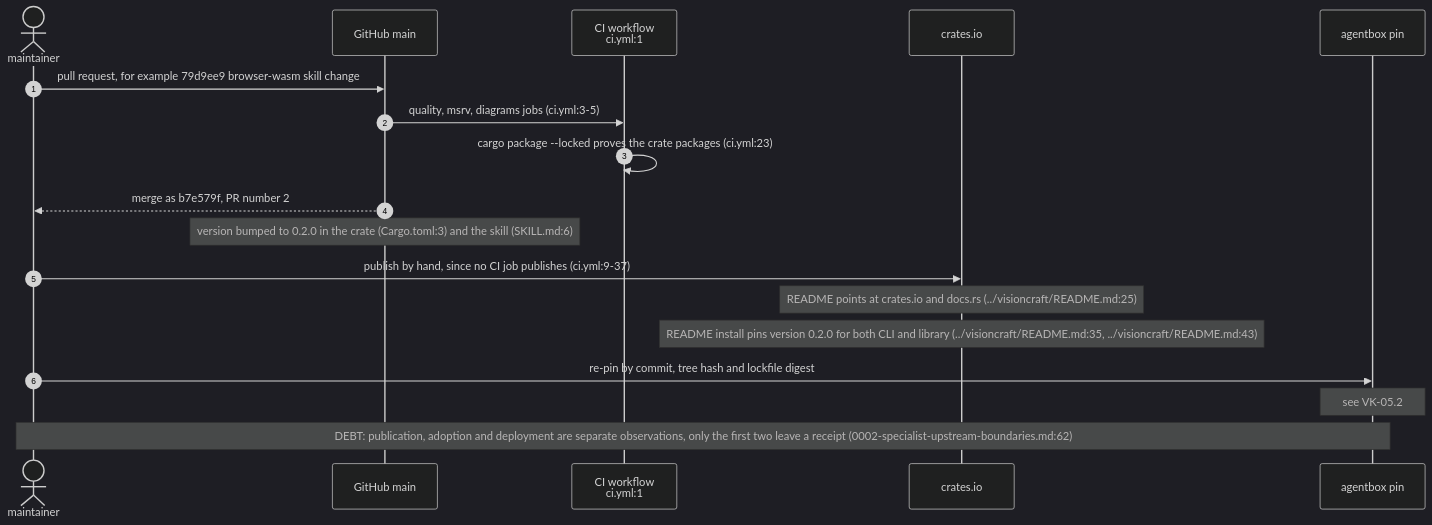
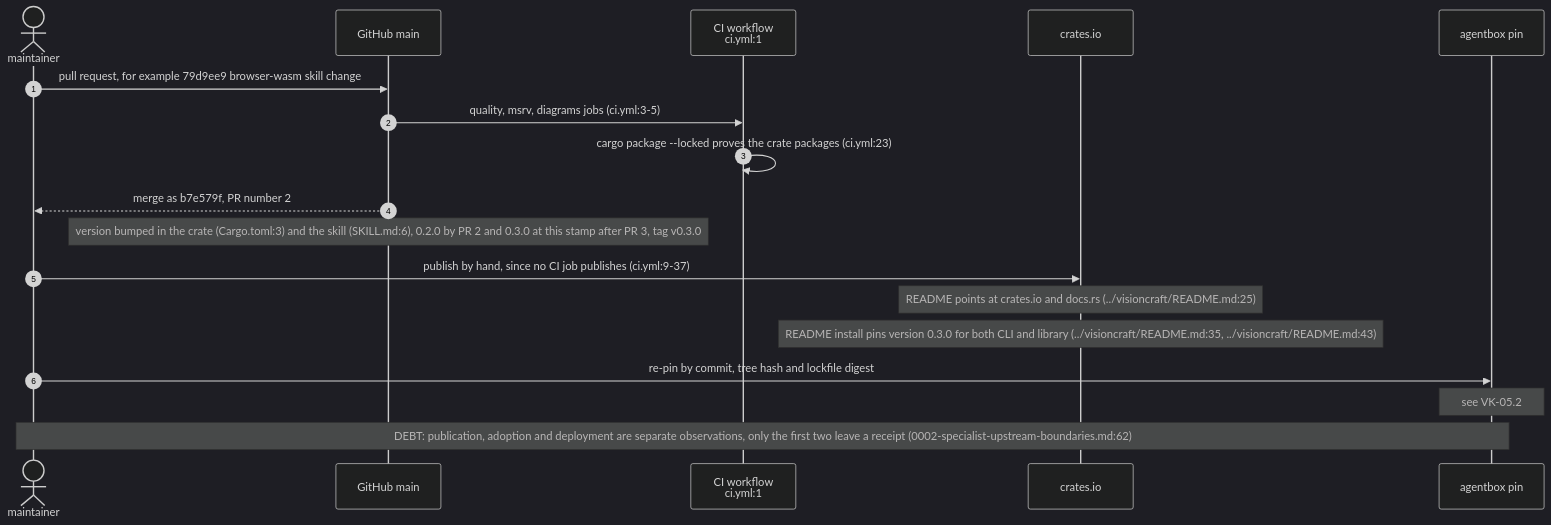
Before and after one commit to DreamLab-AI/VisionFlow: the third of 4 diagrams in docs/diagrams/visioncraft/04-ci-release-and-diagram-gates.md, drawn with Mermaid (dark theme). The commit also changed other lines of this file and 36 other files, not shown here.

First line of the commit message:
docs(diagrams): re-derive and re-stamp agentbox, dream-engine, visioncraft, visiontouch and vowl topics; drop LAN addresses

````diff
--- a/docs/diagrams/visioncraft/04-ci-release-and-diagram-gates.md
+++ b/docs/diagrams/visioncraft/04-ci-release-and-diagram-gates.md
@@ -78,20 +78,20 @@
 ```mermaid
 sequenceDiagram
     autonumber
     actor M as maintainer
     participant GH as GitHub main
     participant CI as CI workflow<br/>ci.yml:1
     participant CR as crates.io
     participant AB as agentbox pin
     M->>GH: pull request, for example 79d9ee9 browser-wasm skill change
     GH->>CI: quality, msrv, diagrams jobs (ci.yml:3-5)
     CI->>CI: cargo package --locked proves the crate packages (ci.yml:23)
     GH-->>M: merge as b7e579f, PR number 2
-    Note over GH: version bumped to 0.2.0 in the crate (Cargo.toml:3) and the skill (SKILL.md:6)
+    Note over GH: version bumped in the crate (Cargo.toml:3) and the skill (SKILL.md:6), 0.2.0 by PR 2 and 0.3.0 at this stamp after PR 3, tag v0.3.0
     M->>CR: publish by hand, since no CI job publishes (ci.yml:9-37)
     Note over CR: README points at crates.io and docs.rs (../visioncraft/README.md:25)
-    Note over CR: README install pins version 0.2.0 for both CLI and library (../visioncraft/README.md:35, ../visioncraft/README.md:43)
+    Note over CR: README install pins version 0.3.0 for both CLI and library (../visioncraft/README.md:35, ../visioncraft/README.md:43)
     M->>AB: re-pin by commit, tree hash and lockfile digest
     Note over AB: see VK-05.2
     Note over M,AB: DEBT: publication, adoption and deployment are separate observations, only the first two leave a receipt (0002-specialist-upstream-boundaries.md:62)
 ```
````
